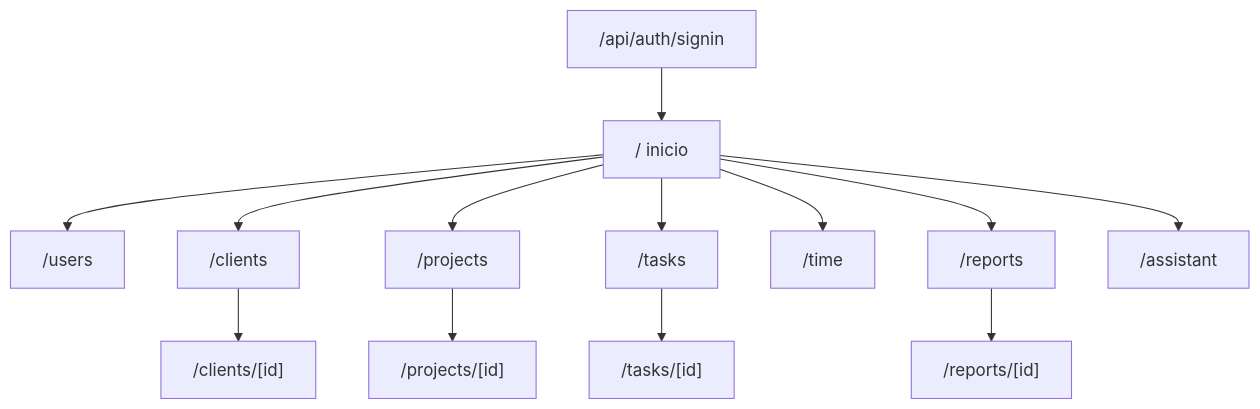
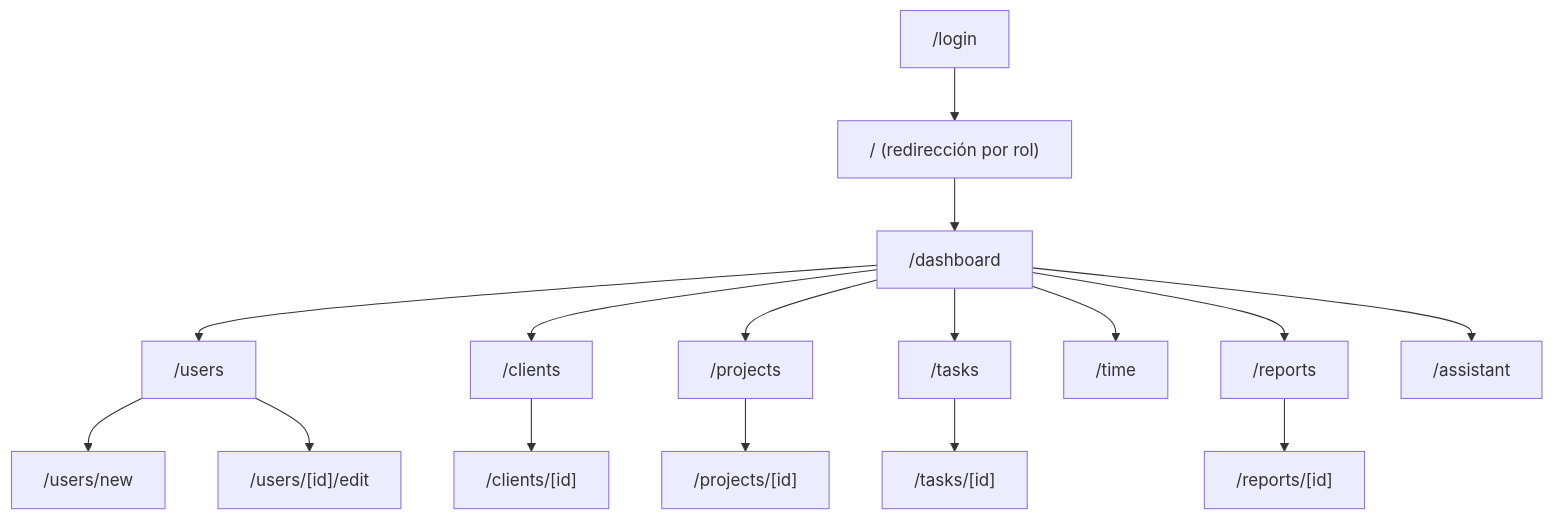
One commit to Racksode/tfm-task-client changed the first of 6 diagrams in docs/11-pantallas-y-navegacion.md. Above: the diagram before and after it, drawn with Mermaid. The commit also changed other lines of this file and 2 other files, not shown here.

Commit message:
docs: actualizar pantallas, casos de uso e historias al rework de login y usuarios

````diff
--- a/docs/11-pantallas-y-navegacion.md
+++ b/docs/11-pantallas-y-navegacion.md
@@ -51,16 +57,19 @@
 ```mermaid
 graph TD
-  Login["/api/auth/signin"] --> Home["/ inicio"]
-  Home --> Users["/users"]
-  Home --> Clients["/clients"]
-  Home --> Projects["/projects"]
-  Home --> Tasks["/tasks"]
-  Home --> Time["/time"]
-  Home --> Reports["/reports"]
-  Home --> Assistant["/assistant"]
+  Login["/login"] --> Root["/ (redirección por rol)"]
+  Root --> Dashboard["/dashboard"]
+  Dashboard --> Users["/users"]
+  Dashboard --> Clients["/clients"]
+  Dashboard --> Projects["/projects"]
+  Dashboard --> Tasks["/tasks"]
+  Dashboard --> Time["/time"]
+  Dashboard --> Reports["/reports"]
+  Dashboard --> Assistant["/assistant"]
 
+  Users --> UserNew["/users/new"]
+  Users --> UserEdit["/users/[id]/edit"]
   Clients --> ClientDetail["/clients/[id]"]
   Projects --> ProjectDetail["/projects/[id]"]
   Tasks --> TaskDetail["/tasks/[id]"]
   Reports --> ReportDetail["/reports/[id]"]
 ```
````
